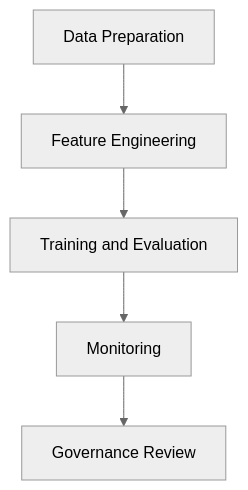
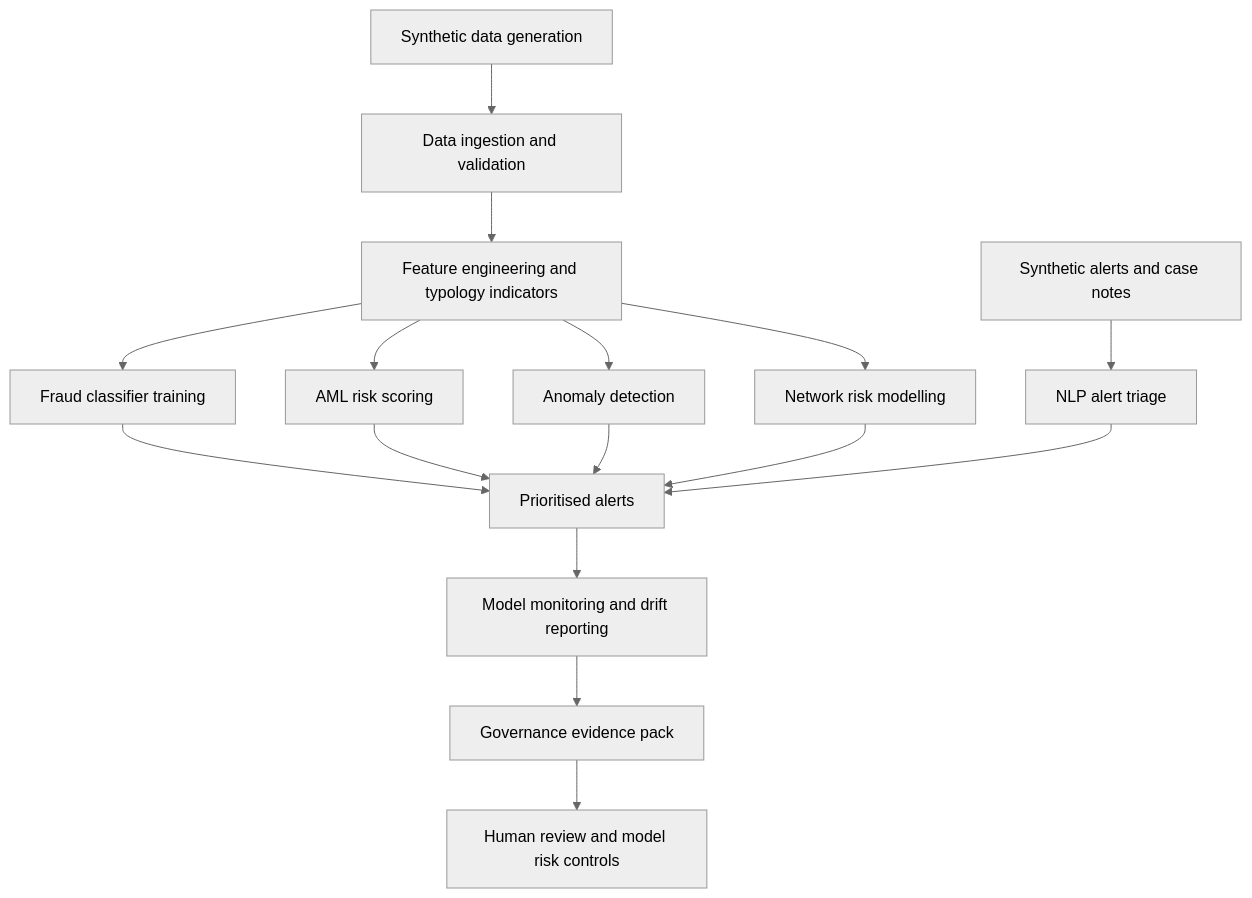
Before and after one commit to Ibraheemolasupogit/gcp-financial-crime-ml-intelligence-platform: the diagram in diagrams/ml_lifecycle.mmd, drawn with Mermaid (neutral theme). The commit also changed other lines of this file and 15 other files, not shown here.

Commit message:
Add GCP reference architecture blueprint

```diff
--- a/diagrams/ml_lifecycle.mmd
+++ b/diagrams/ml_lifecycle.mmd
@@ -1,5 +1,16 @@
 flowchart TD
-    A["Data Preparation"] --> B["Feature Engineering"]
-    B --> C["Training and Evaluation"]
-    C --> D["Monitoring"]
-    D --> E["Governance Review"]
+    A["Synthetic data generation"] --> B["Data ingestion and validation"]
+    B --> C["Feature engineering and typology indicators"]
+    C --> D["Fraud classifier training"]
+    C --> E["AML risk scoring"]
+    C --> F["Anomaly detection"]
+    C --> G["Network risk modelling"]
+    H["Synthetic alerts and case notes"] --> I["NLP alert triage"]
+    D --> J["Prioritised alerts"]
+    E --> J
+    F --> J
+    G --> J
+    I --> J
+    J --> K["Model monitoring and drift reporting"]
+    K --> L["Governance evidence pack"]
+    L --> M["Human review and model risk controls"]
```
